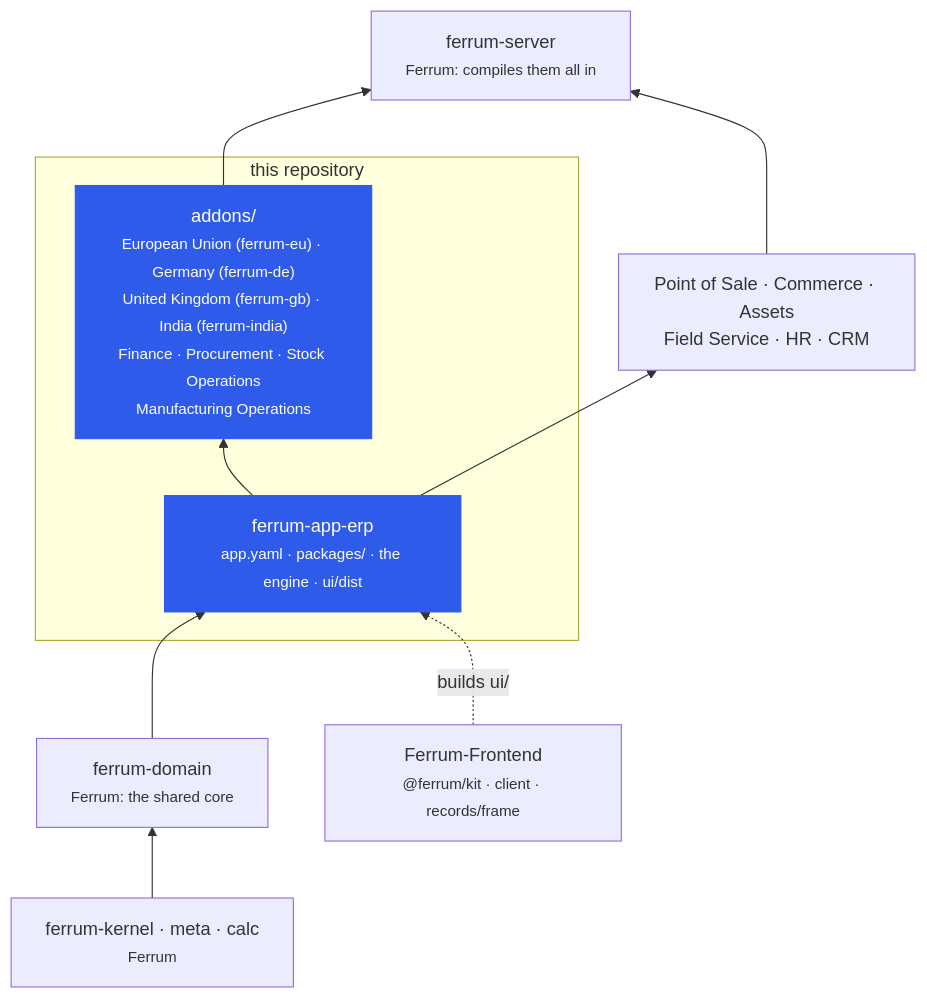
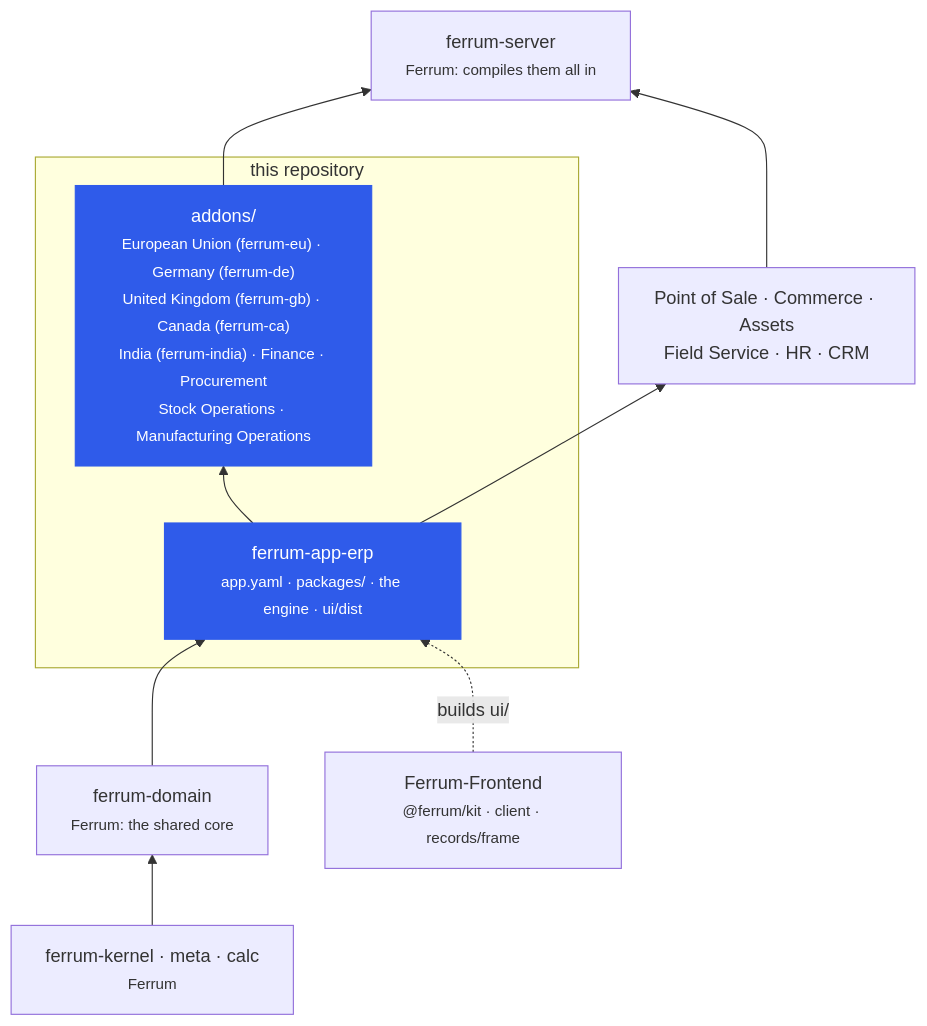
Before and after one commit to CBFerrum/ferrum-app-erp: the third of 3 diagrams in README.md, drawn with Mermaid. The commit also changed other lines of this file, not shown here.

Commit message:
README: Canada 0.1.0 (GST/HST, PST/RST and QST by province, the GST/HST and QST returns)

````diff
--- a/README.md
+++ b/README.md
@@ -182,20 +184,20 @@
 ```mermaid
 flowchart BT
     KER["ferrum-kernel · meta · calc<br/><small>Ferrum</small>"]
     CORE["ferrum-domain<br/><small>Ferrum: the shared core</small>"]
     subgraph REPO["this repository"]
         APP["ferrum-app-erp<br/><small>app.yaml · packages/ · the engine · ui/dist</small>"]
-        ADD["addons/<br/><small>European Union (ferrum-eu) · Germany (ferrum-de)<br/>United Kingdom (ferrum-gb) · India (ferrum-india)<br/>Finance · Procurement · Stock Operations<br/>Manufacturing Operations</small>"]
+        ADD["addons/<br/><small>European Union (ferrum-eu) · Germany (ferrum-de)<br/>United Kingdom (ferrum-gb) · Canada (ferrum-ca)<br/>India (ferrum-india) · Finance · Procurement<br/>Stock Operations · Manufacturing Operations</small>"]
     end
     APPS["Point of Sale · Commerce · Assets<br/>Field Service · HR · CRM"]
     SRV["ferrum-server<br/><small>Ferrum: compiles them all in</small>"]
     FE["Ferrum-Frontend<br/><small>@ferrum/kit · client · records/frame</small>"]
     KER --> CORE --> APP
     APP --> ADD
     APP --> APPS
     ADD --> SRV
     APPS --> SRV
     FE -. builds ui/ .-> APP
     classDef erp fill:#2f5bea,color:#fff,stroke:#2f5bea
     class APP,ADD erp
 ```
````
